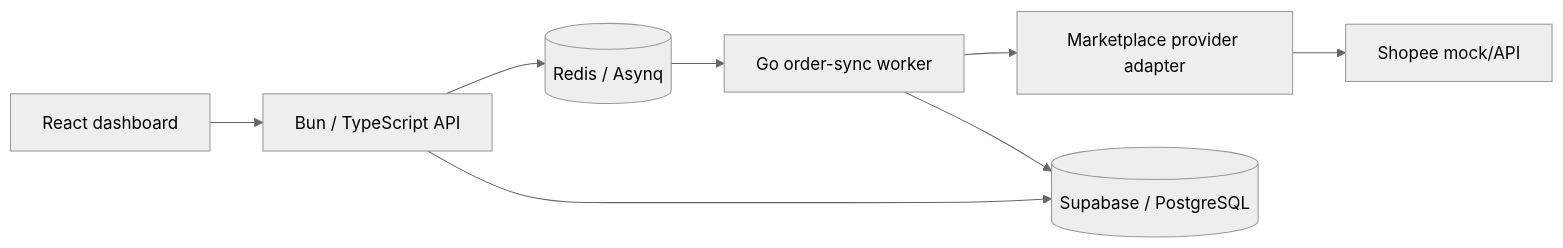
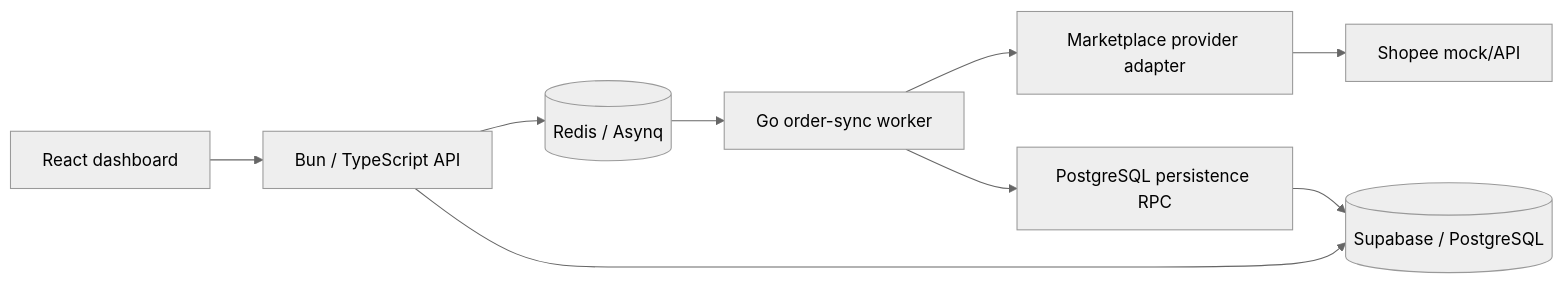
One commit to siripat01/multi-channel-order changed the diagram in docs/architecture.md. Above: the diagram before and after it, drawn with Mermaid (neutral theme). The commit also changed other lines of this file and 6 other files, not shown here.

````diff
--- a/docs/architecture.md
+++ b/docs/architecture.md
@@ -9,10 +9,11 @@
 ```mermaid
 flowchart LR
     UI[React dashboard] --> API[Bun / TypeScript API]
     API --> REDIS[(Redis / Asynq)]
     REDIS --> WORKER[Go order-sync worker]
     WORKER --> PROVIDER[Marketplace provider adapter]
     PROVIDER --> SHOPEE[Shopee mock/API]
-    WORKER --> DB[(Supabase / PostgreSQL)]
+    WORKER --> RPC[PostgreSQL persistence RPC]
+    RPC --> DB[(Supabase / PostgreSQL)]
     API --> DB
 ```
````
